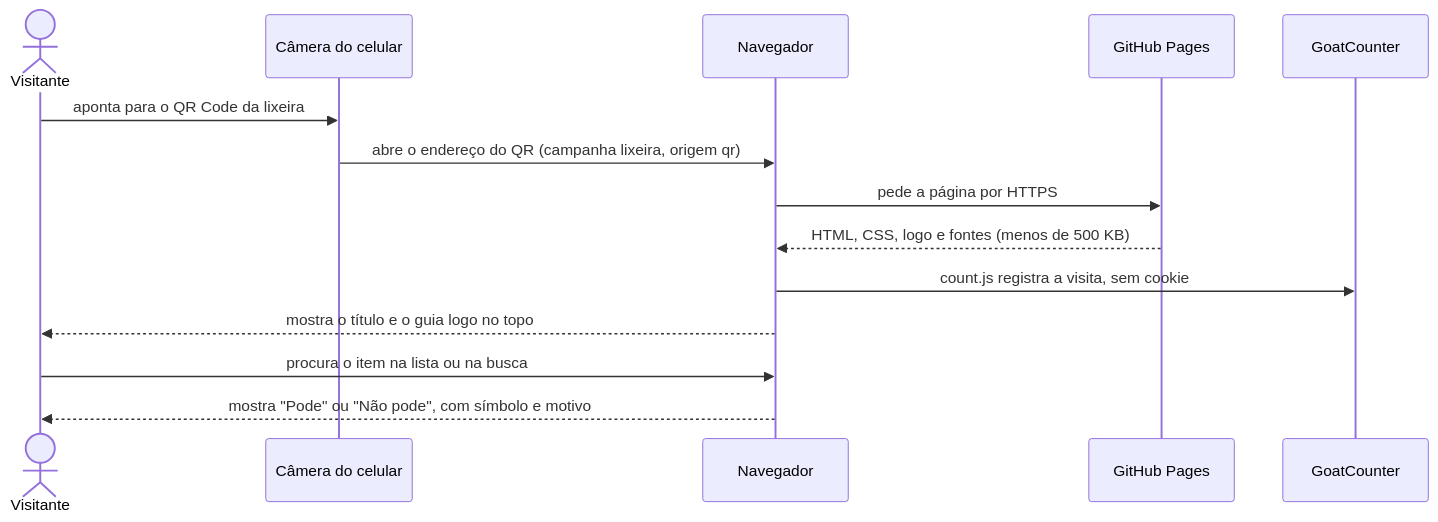
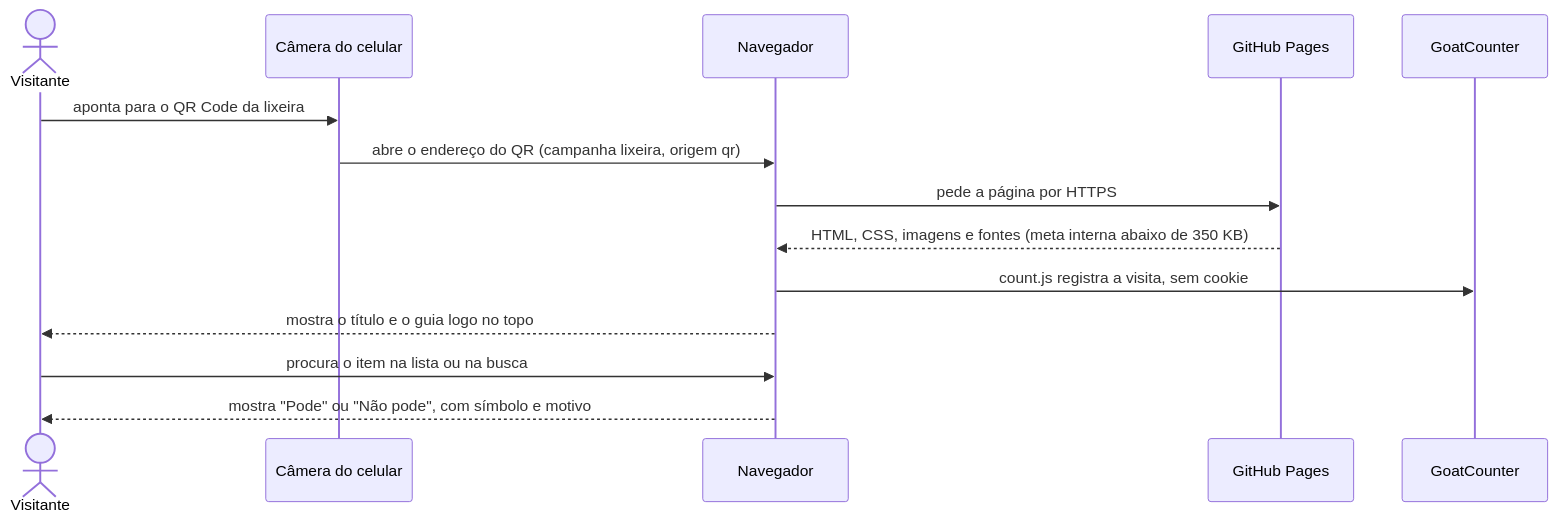
One commit to Blima-P/SocialTech changed the third of 7 diagrams in docs/arquitetura.md. Above: the diagram before and after it, drawn with Mermaid. The commit also changed other lines of this file and 3 other files, not shown here.

````diff
--- a/docs/arquitetura.md
+++ b/docs/arquitetura.md
@@ -380,16 +380,16 @@
 ```mermaid
 sequenceDiagram
   actor V as Visitante
   participant C as Câmera do celular
   participant N as Navegador
   participant P as GitHub Pages
   participant G as GoatCounter
   V->>C: aponta para o QR Code da lixeira
   C->>N: abre o endereço do QR (campanha lixeira, origem qr)
   N->>P: pede a página por HTTPS
-  P-->>N: HTML, CSS, logo e fontes (menos de 500 KB)
+  P-->>N: HTML, CSS, imagens e fontes (meta interna abaixo de 350 KB)
   N->>G: count.js registra a visita, sem cookie
   N-->>V: mostra o título e o guia logo no topo
   V->>N: procura o item na lista ou na busca
   N-->>V: mostra "Pode" ou "Não pode", com símbolo e motivo
 ```
````
